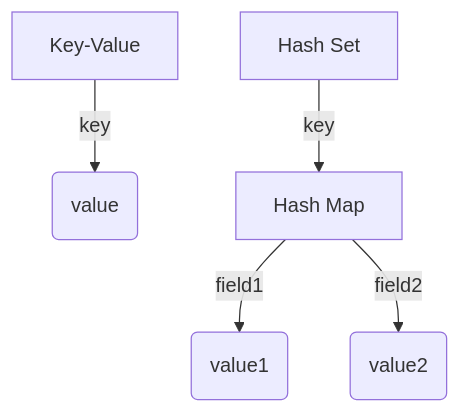
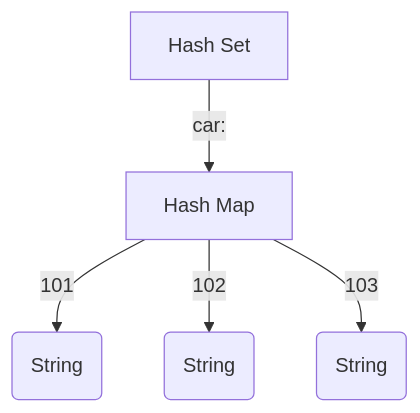
One commit to pratikgajjar/go-backend.how changed the second of 4 diagrams in content/posts/pre-owned-car-platform-with-valkey-part-2.md. Above: the diagram before and after it, drawn with Mermaid. The commit also changed other lines of this file and 1 other file, not shown here.

````diff
--- a/content/posts/pre-owned-car-platform-with-valkey-part-2.md
+++ b/content/posts/pre-owned-car-platform-with-valkey-part-2.md
@@ -255,10 +269,8 @@
 ```mermaid
 graph TD
-    A[Key-Value]
-    A -->|key| B(value)
-
     C[Hash Set]
-    C -->|key| D[Hash Map]
-    D -->|field1| E(value1)
-    D -->|field2| F(value2)
+    C -->|car:| D[Hash Map]
+    D -->|101| E(String)
+    D -->|102| G(String)
+    D -->|103| H(String)
 ```
````
